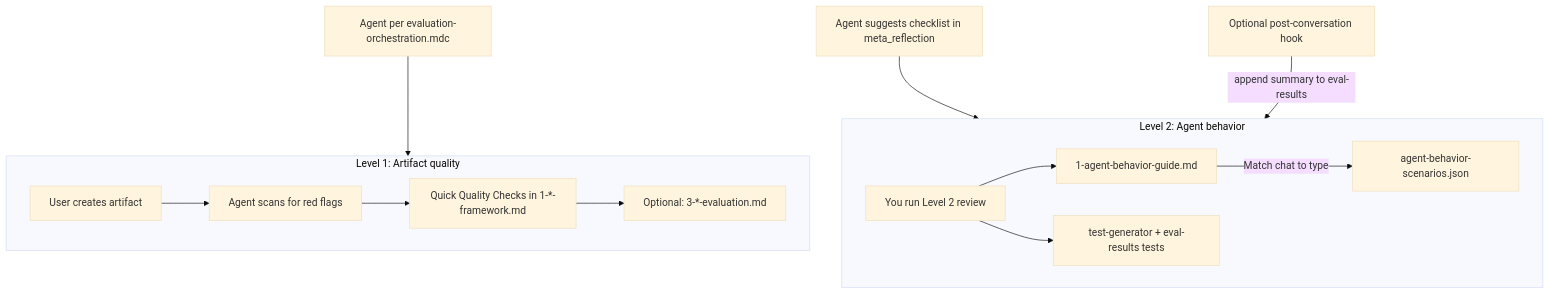
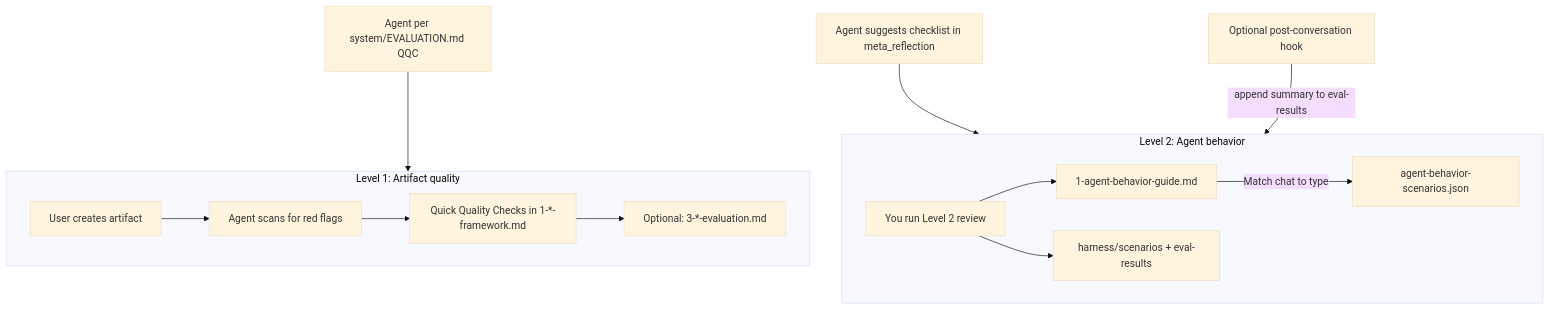
One commit to andreaskelm/pm-brain changed the seventh of 9 diagrams in docs/architecture.md. Above: the diagram before and after it, drawn with Mermaid (base theme). The commit also changed other lines of this file and 644 other files, not shown here.

First line of the commit message:
Complete structural refactor: numbered paths, eval harness, and repo audit fixes.

````diff
--- a/docs/architecture.md
+++ b/docs/architecture.md
@@ -293,23 +293,23 @@
 ```mermaid
 flowchart TB
   subgraph L1["Level 1: Artifact quality"]
     Create[User creates artifact]
     Scan[Agent scans for red flags]
     QC[Quick Quality Checks in 1-*-framework.md]
     Eval3[Optional: 3-*-evaluation.md]
     Create --> Scan --> QC --> Eval3
   end
 
   subgraph L2["Level 2: Agent behavior"]
     Review[You run Level 2 review]
     Guide[1-agent-behavior-guide.md]
     Scenarios[agent-behavior-scenarios.json]
-    Tests[test-generator + eval-results tests]
+    Tests[harness/scenarios + eval-results]
     Review --> Guide -->|"Match chat to type"| Scenarios
     Review --> Tests
   end
 
-  Orchestrator[Agent per evaluation-orchestration.mdc] --> L1
+  Orchestrator[Agent per system/EVALUATION.md QQC] --> L1
   Meta2[Agent suggests checklist in meta_reflection] --> L2
   Hook[Optional post-conversation hook] -->|"append summary to eval-results"| L2
 ```
````
